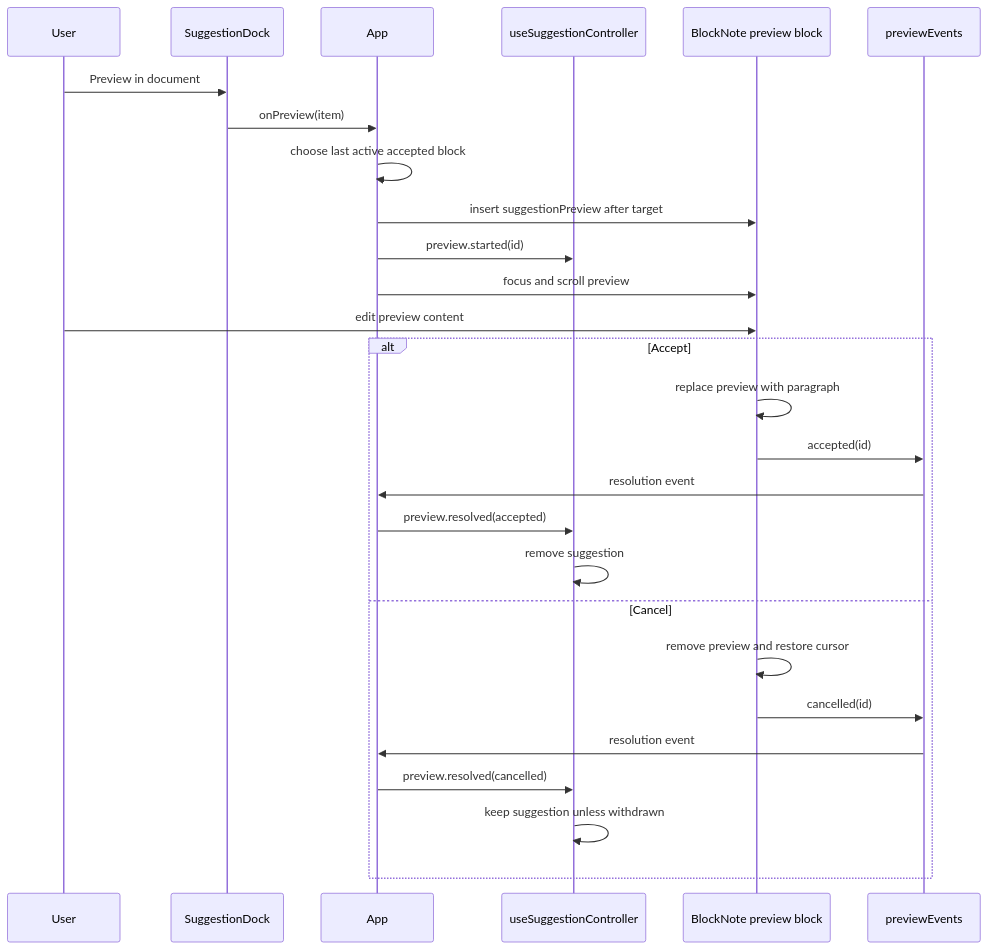
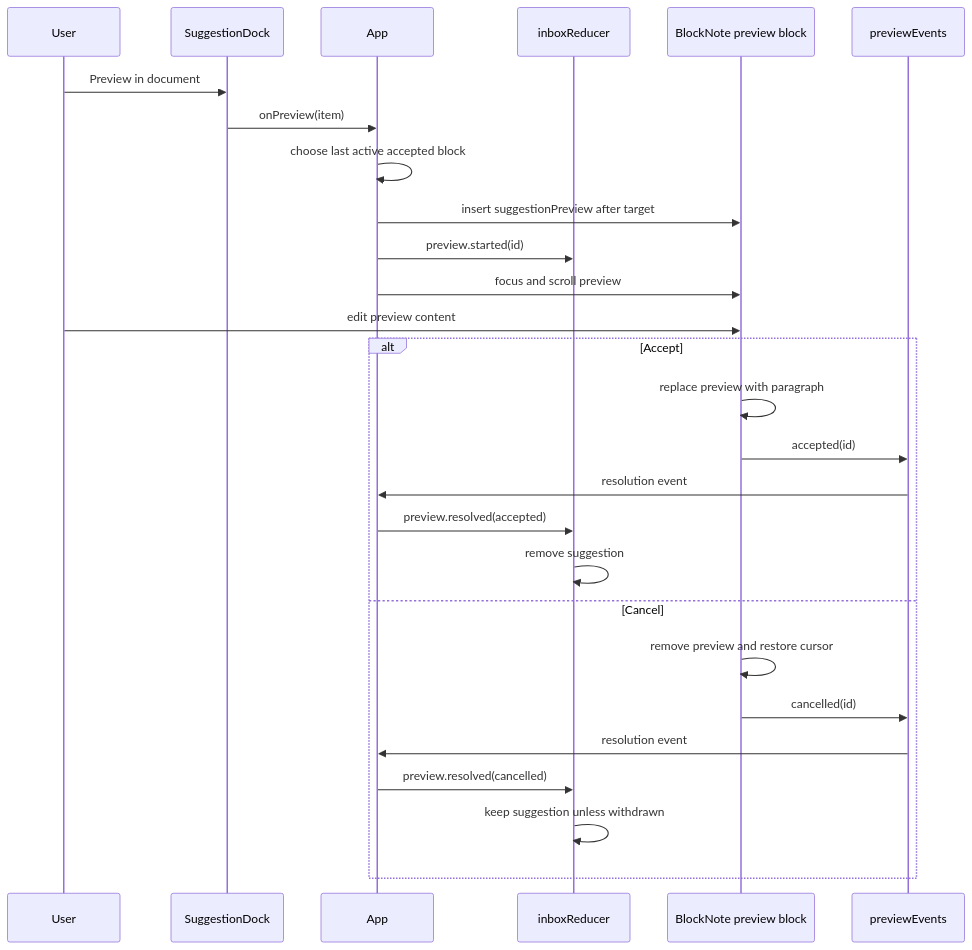
One commit to bitshielddev/writing-app changed the first of 2 diagrams in docs/editor-and-suggestions.md. Above: the diagram before and after it, drawn with Mermaid. The commit also changed other lines of this file and 25 other files, not shown here.

````diff
--- a/docs/editor-and-suggestions.md
+++ b/docs/editor-and-suggestions.md
@@ -101,30 +111,30 @@
 ```mermaid
 sequenceDiagram
     participant User
     participant Dock as SuggestionDock
     participant App
-    participant Inbox as useSuggestionController
+    participant Inbox as inboxReducer
     participant Editor as BlockNote preview block
     participant Bridge as previewEvents
 
     User->>Dock: Preview in document
     Dock->>App: onPreview(item)
     App->>App: choose last active accepted block
     App->>Editor: insert suggestionPreview after target
     App->>Inbox: preview.started(id)
     App->>Editor: focus and scroll preview
     User->>Editor: edit preview content
     alt Accept
         Editor->>Editor: replace preview with paragraph
         Editor->>Bridge: accepted(id)
         Bridge->>App: resolution event
         App->>Inbox: preview.resolved(accepted)
         Inbox->>Inbox: remove suggestion
     else Cancel
         Editor->>Editor: remove preview and restore cursor
         Editor->>Bridge: cancelled(id)
         Bridge->>App: resolution event
         App->>Inbox: preview.resolved(cancelled)
         Inbox->>Inbox: keep suggestion unless withdrawn
     end
 ```
````
